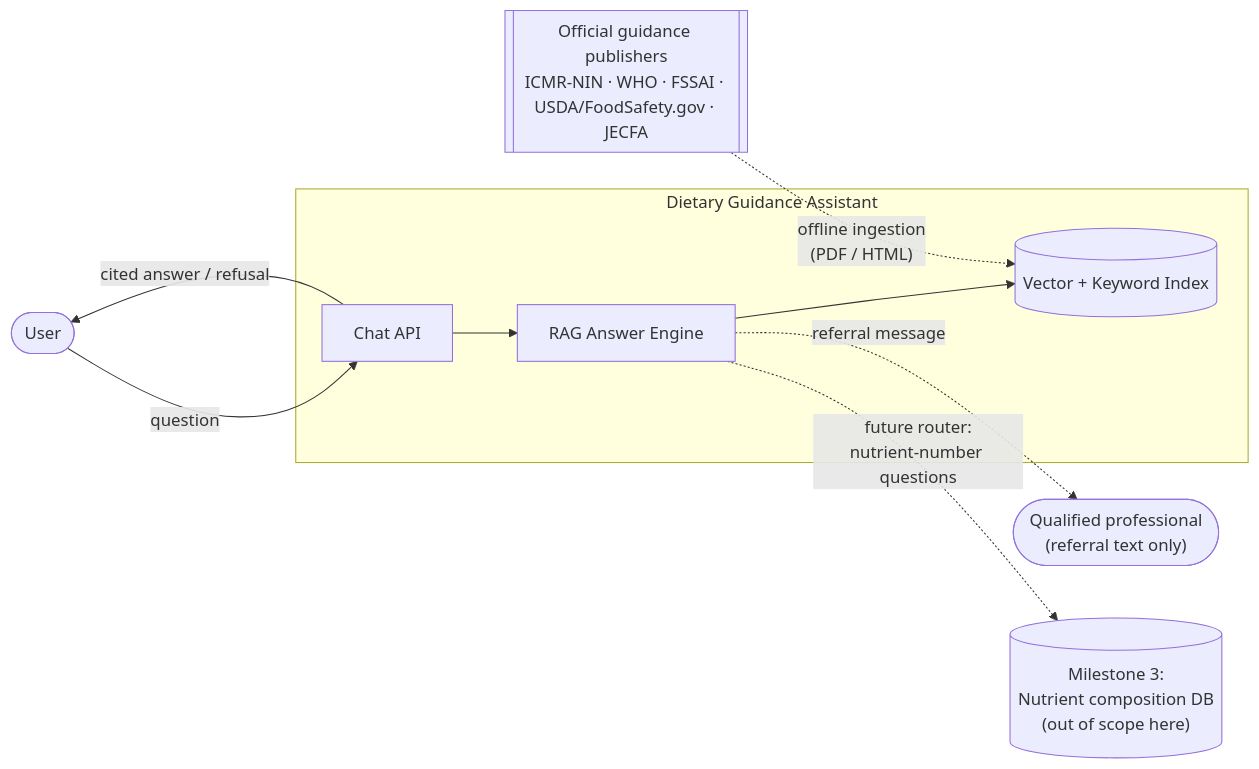
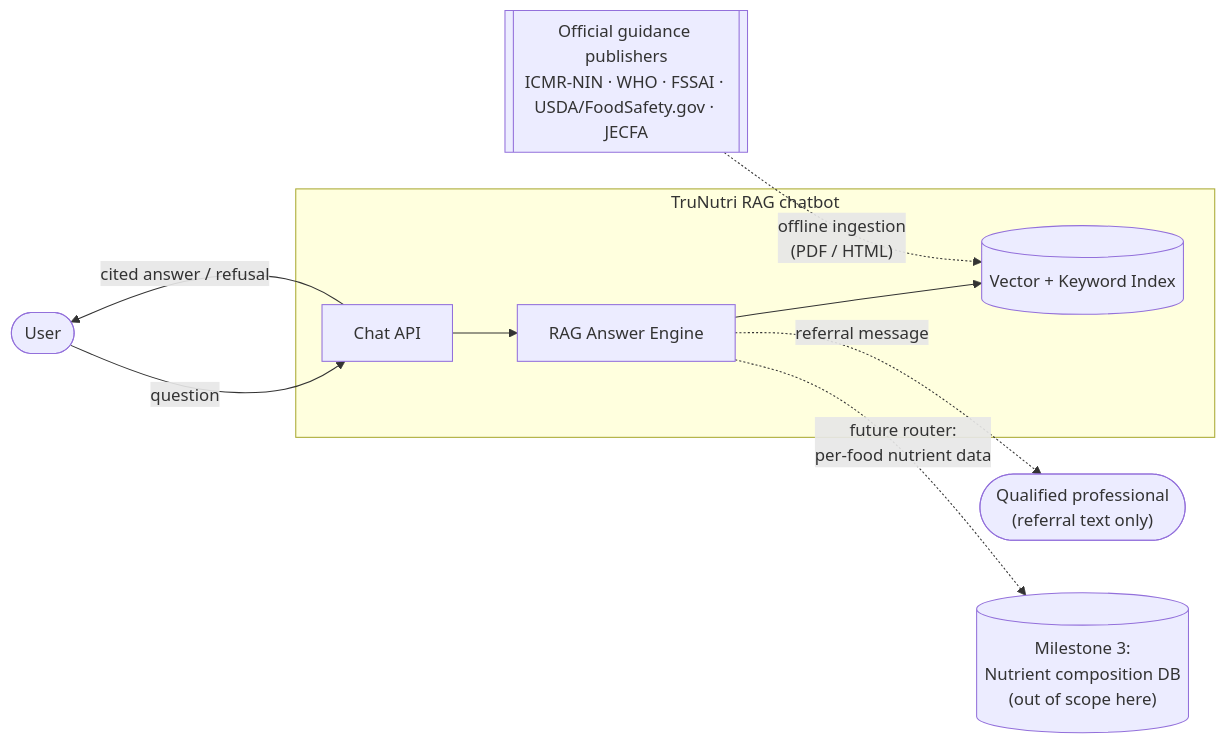
One commit to vaishali-iyengar/TruNutri-RAG-chatbot changed the first of 11 diagrams in ARCHITECTURE.md. Above: the diagram before and after it, drawn with Mermaid. The commit also changed other lines of this file and 1 other file, not shown here.

First line of the commit message:
Update architecture doc and plan to the built system

````diff
--- a/ARCHITECTURE.md
+++ b/ARCHITECTURE.md
@@ -24,19 +24,19 @@
 ```mermaid
 flowchart LR
     user(["User"])
-    subgraph app["Dietary Guidance Assistant"]
+    subgraph app["TruNutri RAG chatbot"]
         api["Chat API"]
         rag["RAG Answer Engine"]
         idx[("Vector + Keyword Index")]
     end
     pros(["Qualified professional<br/>(referral text only)"])
     srcs[["Official guidance publishers<br/>ICMR-NIN · WHO · FSSAI · USDA/FoodSafety.gov · JECFA"]]
     m3[("Milestone 3:<br/>Nutrient composition DB<br/>(out of scope here)")]
 
     user -- "question" --> api
     api -- "cited answer / refusal" --> user
     api --> rag --> idx
     srcs -. "offline ingestion<br/>(PDF / HTML)" .-> idx
     rag -. "referral message" .-> pros
-    rag -. "future router:<br/>nutrient-number questions" .-> m3
+    rag -. "future router:<br/>per-food nutrient data" .-> m3
 ```
````
